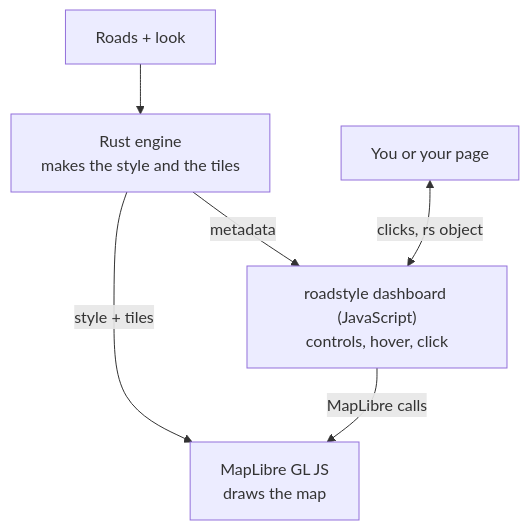
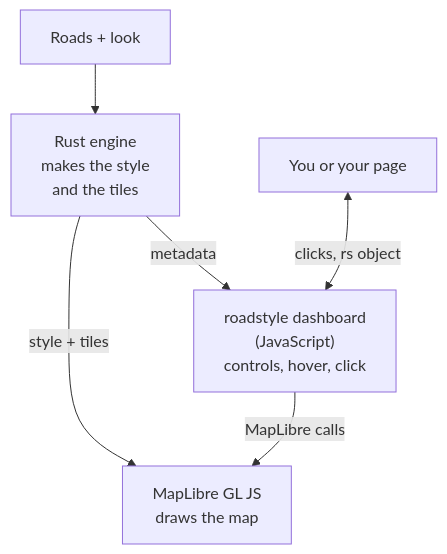
The first of 6 diagrams in docs/rust/architecture.md (Khoshkhah/roadstyle), drawn with Mermaid before and after one commit.

Commit message:
docs: shorter lines in the big-picture diagram, so no text runs past its box

````diff
--- a/docs/rust/architecture.md
+++ b/docs/rust/architecture.md
@@ -16,13 +16,13 @@
 ```mermaid
 flowchart TB
     inp["Roads + look"]
-    eng["Rust engine<br/>makes the style and the tiles"]
+    eng["Rust engine<br/>makes the style<br/>and the tiles"]
     ml["MapLibre GL JS<br/>draws the map"]
-    dash["roadstyle dashboard (JavaScript)<br/>controls, hover, click"]
+    dash["roadstyle dashboard<br/>(JavaScript)<br/>controls, hover, click"]
     you["You or your page"]
     inp --> eng
     eng -->|"style + tiles"| ml
     eng -->|"metadata"| dash
     dash -->|"MapLibre calls"| ml
     you <-->|"clicks, rs object"| dash
 ```
````
